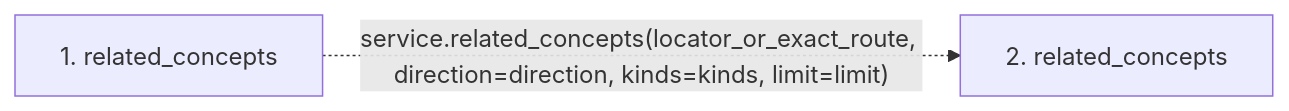
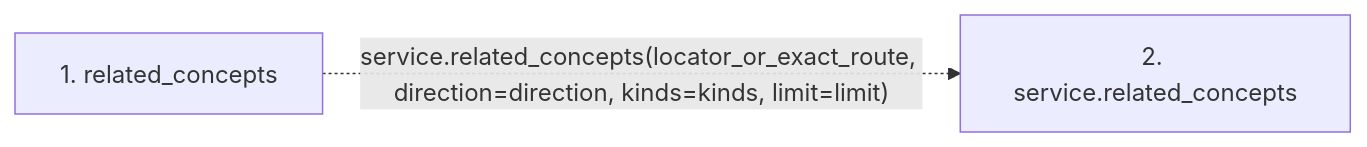
One commit to Denissvgn/python-wiki-llm changed the second of 2 diagrams in docs/llm_wiki/flows/mcp-related_concepts.md. Above: the diagram before and after it, drawn with Mermaid. The commit also changed other lines of this file and 719 other files, not shown here.

````diff
--- a/docs/llm_wiki/flows/mcp-related_concepts.md
+++ b/docs/llm_wiki/flows/mcp-related_concepts.md
@@ -19,7 +20,7 @@
 ```mermaid
 flowchart LR
     s1["1. related_concepts"]
-    s2["2. related_concepts"]
+    s2["2. service.related_concepts"]
     s1 -. "service.related_concepts(locator_or_exact_route, direction=direction, kinds=kinds, limit=limit)" .-> s2
     click s1 "../modules/mcp_server.md"
 ```
````
